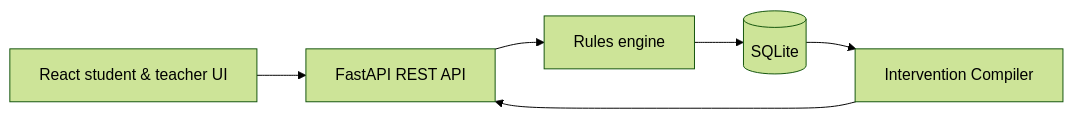
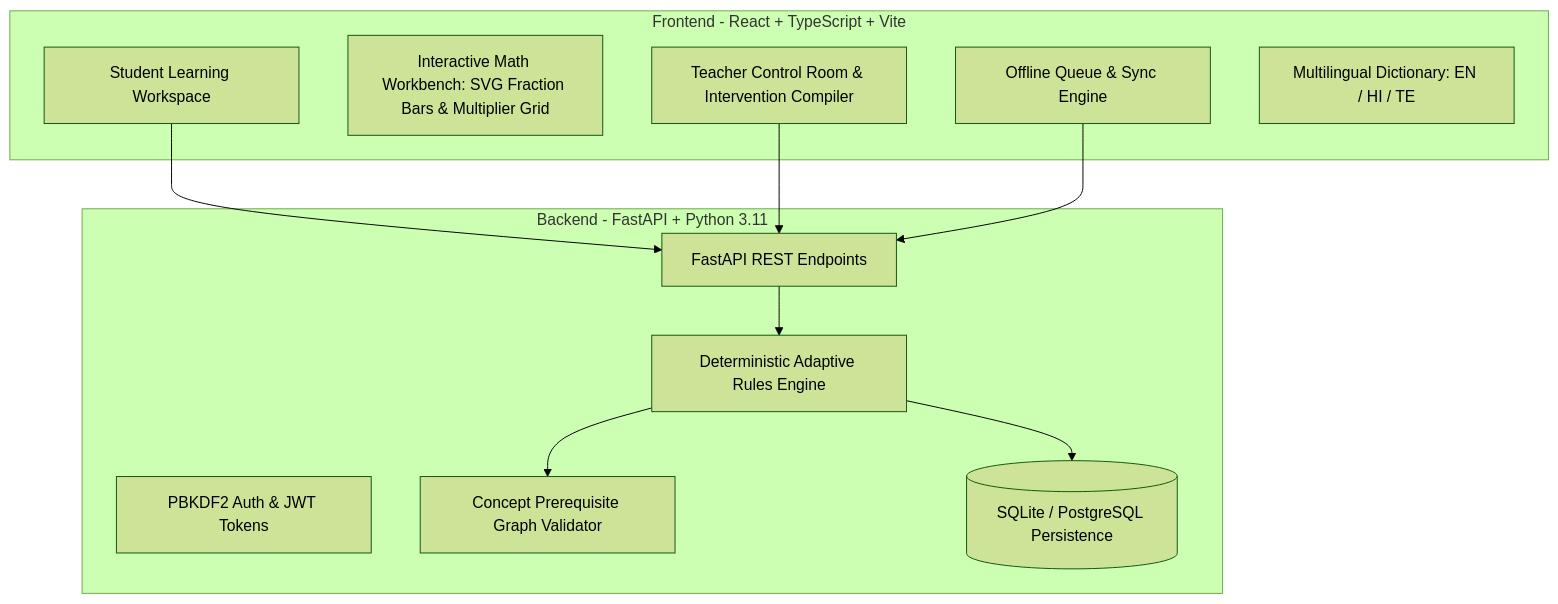
One commit to vamshimohan-777/PRISM_CLASSROOM changed the diagram in README.md. Above: the diagram before and after it, drawn with Mermaid (forest theme). The commit also changed other lines of this file and 19 other files, not shown here.

````diff
--- a/README.md
+++ b/README.md
@@ -26,8 +73,25 @@
 ```mermaid
-flowchart LR
-  UI[React student & teacher UI] --> API[FastAPI REST API]
-  API --> Engine[Rules engine]
-  Engine --> DB[(SQLite)]
-  DB --> Compiler[Intervention Compiler]
-  Compiler --> API
+flowchart TD
+  subgraph Frontend [Frontend - React + TypeScript + Vite]
+    UI[Student Learning Workspace]
+    TR[Interactive Math Workbench: SVG Fraction Bars & Multiplier Grid]
+    TC[Teacher Control Room & Intervention Compiler]
+    OFF[Offline Queue & Sync Engine]
+    LANG[Multilingual Dictionary: EN / HI / TE]
+  end
+
+  subgraph Backend [Backend - FastAPI + Python 3.11]
+    API[FastAPI REST Endpoints]
+    AUTH[PBKDF2 Auth & JWT Tokens]
+    ENGINE[Deterministic Adaptive Rules Engine]
+    DAG[Concept Prerequisite Graph Validator]
+    DB[(SQLite / PostgreSQL Persistence)]
+  end
+
+  UI --> API
+  TC --> API
+  OFF --> API
+  API --> ENGINE
+  ENGINE --> DAG
+  ENGINE --> DB
 ```
````
